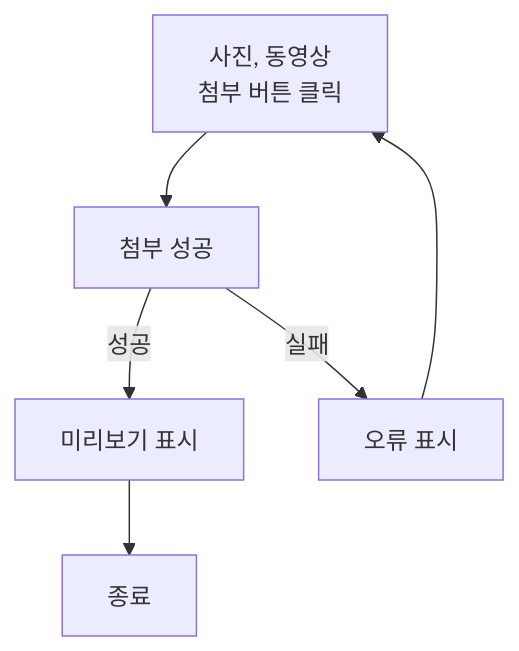
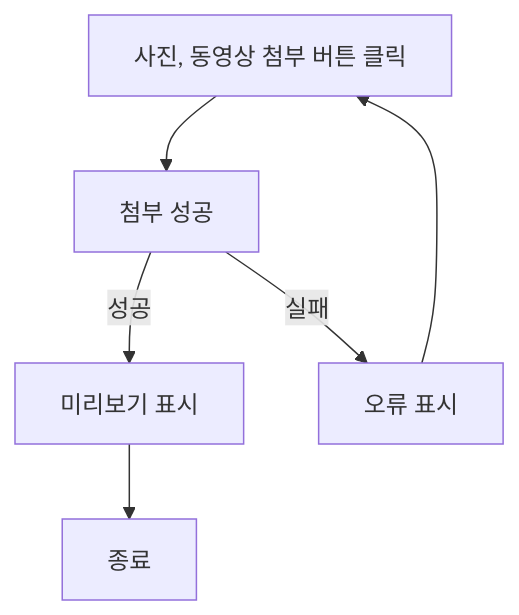
One commit to Dev-FE-2/3_swim_diary changed the first of 11 diagrams in design/기능정의서.md. Above: the diagram before and after it, drawn with Mermaid. The commit also changed other lines of this file, not shown here.

````diff
--- a/design/기능정의서.md
+++ b/design/기능정의서.md
@@ -21,8 +21,8 @@
 ```mermaid
 flowchart TD
-C[사진, 동영상\n첨부 버튼 클릭]
+C[사진, 동영상 첨부 버튼 클릭]
 G[종료]
 C --> C1[첨부 성공]
 C1 -- 성공 --> C3[미리보기 표시] --> G
 C1 -- 실패 --> C2[오류 표시] --> C
 ```
````
